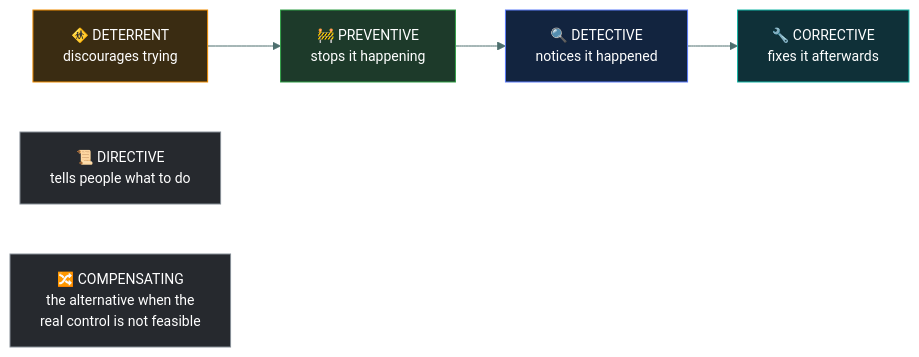
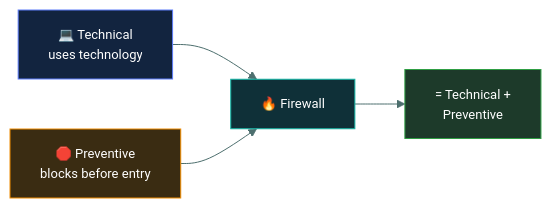
The second of 3 diagrams in 01-security-principles/security-controls/README.md (tarunTejaDesireddy/cc-exam-prep), drawn with Mermaid before and after one commit. The commit also changed other lines of this file and 1 other file, not shown here.

````diff
--- a/01-security-principles/security-controls/README.md
+++ b/01-security-principles/security-controls/README.md
@@ -109,16 +244,12 @@
 ```mermaid
-%%{init: {'theme':'base','themeVariables':{'fontSize':'14px','lineColor':'#4d6f6e','textColor':'#dbe7e6'}}}%%
+%%{init: {'theme':'base','themeVariables':{'fontFamily':'Segoe UI, Helvetica Neue, Arial, sans-serif','fontSize':'13px','lineColor':'#4d6f6e','textColor':'#dbe7e6'}}}%%
 flowchart LR
-    D["🚸 DETERRENT<br/>discourages trying"] --> P["🚧 PREVENTIVE<br/>stops it happening"]
-    P --> DT["🔍 DETECTIVE<br/>notices it happened"]
-    DT --> CR["🔧 CORRECTIVE<br/>fixes it afterwards"]
-    B["📜 DIRECTIVE<br/>tells people what to do"]
-    CM["🔀 COMPENSATING<br/>the alternative when the<br/>real control is not feasible"]
+    T["💻 Technical<br/>uses technology"] --> FW["🔥 Firewall"]
+    F["🛑 Preventive<br/>blocks before entry"] --> FW
+    FW --> A["= Technical +<br/>Preventive"]
 
-    style D fill:#3a2c12,stroke:#F08C00,color:#fff
-    style P fill:#1d3a2a,stroke:#2F9E44,color:#fff
-    style DT fill:#12243f,stroke:#5C7CFA,color:#fff
-    style CR fill:#0f3038,stroke:#12B5A5,color:#fff
-    style B fill:#26292e,stroke:#868E96,color:#fff
-    style CM fill:#26292e,stroke:#868E96,color:#fff
+    style T fill:#12243f,stroke:#5C7CFA,color:#fff
+    style F fill:#3a2c12,stroke:#F08C00,color:#fff
+    style FW fill:#0f3038,stroke:#12B5A5,color:#fff
+    style A fill:#1d3a2a,stroke:#2F9E44,color:#fff
 ```
````
